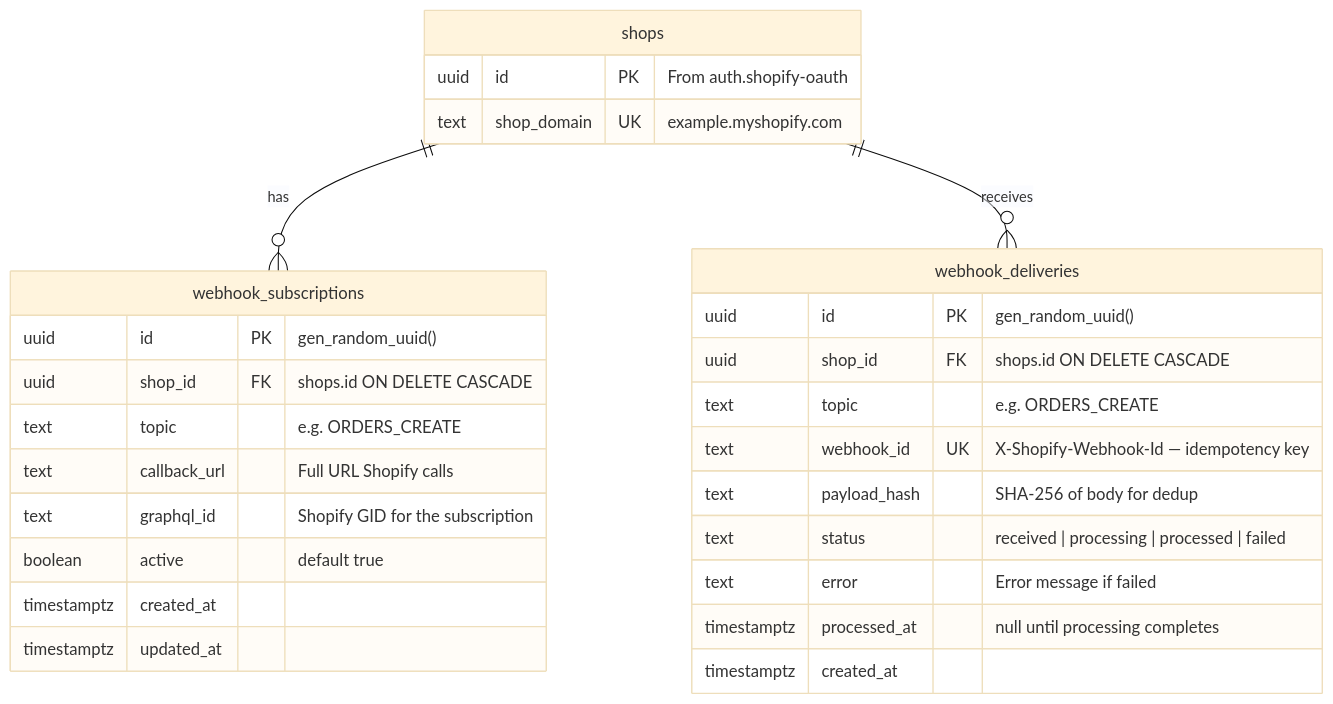
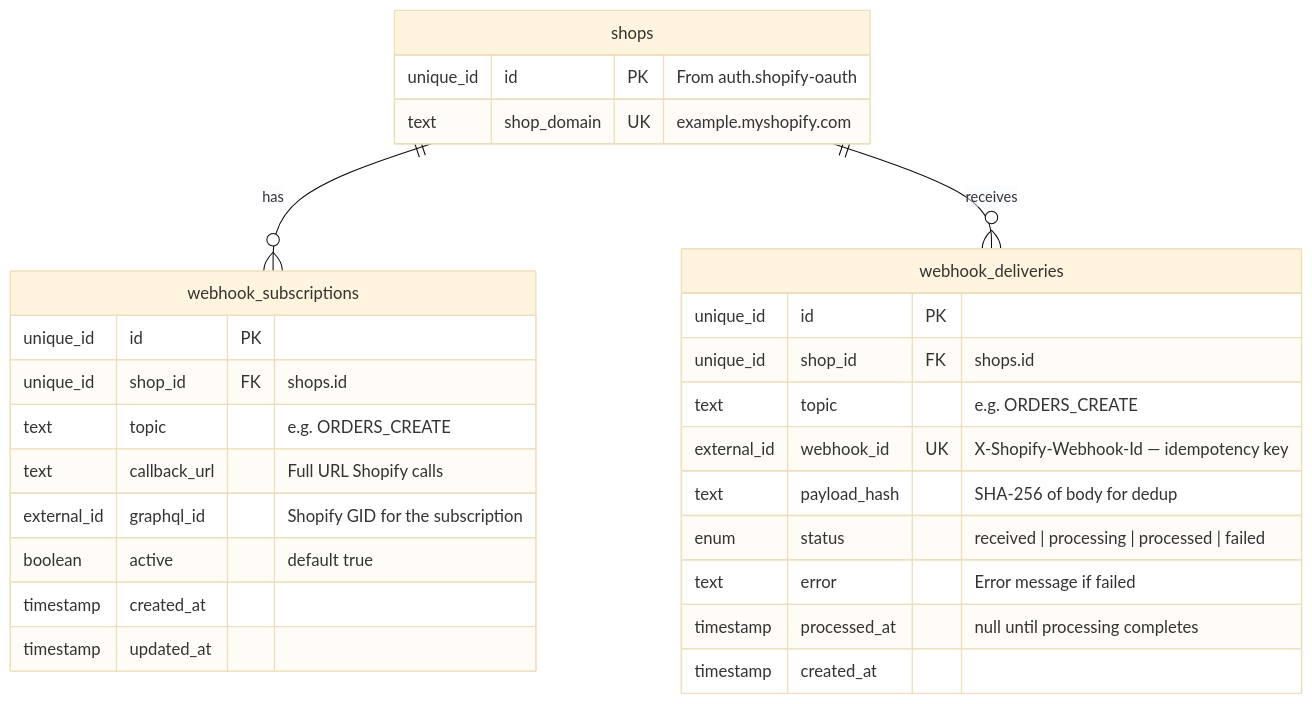
The first of 5 diagrams in webhooks/shopify-webhooks/README.md (nguyenvanduocit/primitive-blocks-specs), drawn with Mermaid (base theme) before and after one commit. The commit also changed other lines of this file and 28 other files, not shown here.

````diff
--- a/webhooks/shopify-webhooks/README.md
+++ b/webhooks/shopify-webhooks/README.md
@@ -54,33 +56,33 @@
 ```mermaid
 erDiagram
     shops {
-        uuid id PK "From auth.shopify-oauth"
+        unique_id id PK "From auth.shopify-oauth"
         text shop_domain UK "example.myshopify.com"
     }
 
     webhook_subscriptions {
-        uuid id PK "gen_random_uuid()"
-        uuid shop_id FK "shops.id ON DELETE CASCADE"
+        unique_id id PK
+        unique_id shop_id FK "shops.id"
         text topic "e.g. ORDERS_CREATE"
         text callback_url "Full URL Shopify calls"
-        text graphql_id "Shopify GID for the subscription"
+        external_id graphql_id "Shopify GID for the subscription"
         boolean active "default true"
-        timestamptz created_at
-        timestamptz updated_at
+        timestamp created_at
+        timestamp updated_at
     }
 
     webhook_deliveries {
-        uuid id PK "gen_random_uuid()"
-        uuid shop_id FK "shops.id ON DELETE CASCADE"
+        unique_id id PK
+        unique_id shop_id FK "shops.id"
         text topic "e.g. ORDERS_CREATE"
-        text webhook_id UK "X-Shopify-Webhook-Id — idempotency key"
+        external_id webhook_id UK "X-Shopify-Webhook-Id — idempotency key"
         text payload_hash "SHA-256 of body for dedup"
-        text status "received | processing | processed | failed"
+        enum status "received | processing | processed | failed"
         text error "Error message if failed"
-        timestamptz processed_at "null until processing completes"
-        timestamptz created_at
+        timestamp processed_at "null until processing completes"
+        timestamp created_at
     }
 
     shops ||--o{ webhook_subscriptions : "has"
     shops ||--o{ webhook_deliveries : "receives"
 ```
````
